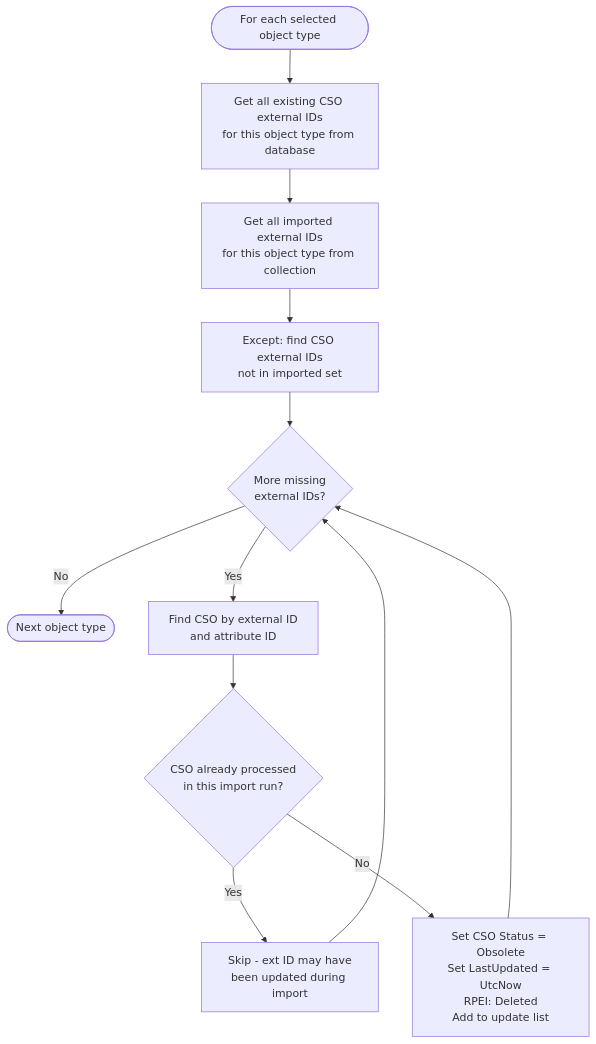
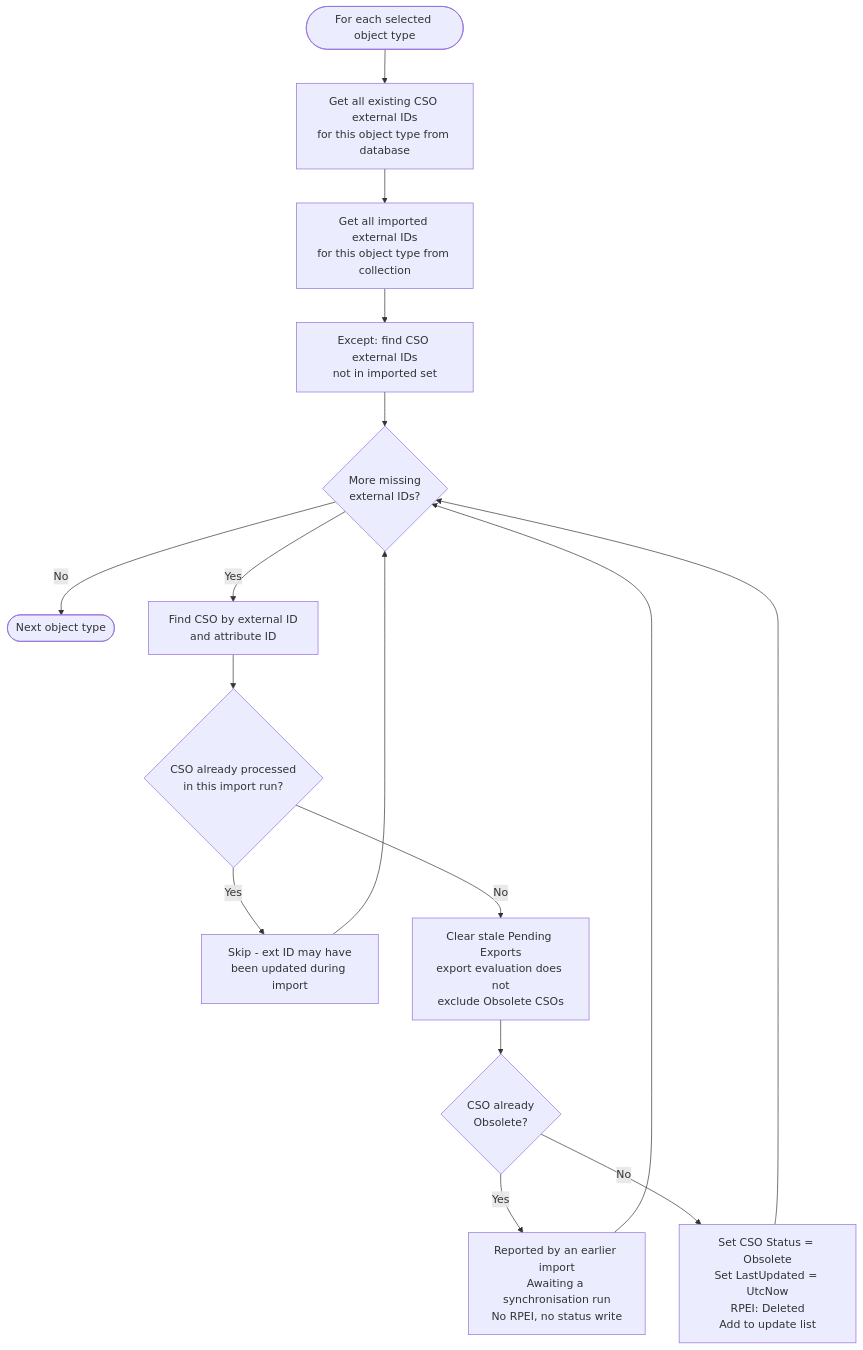
Before and after one commit to TetronIO/JIM: the third of 6 diagrams in docs/developer/diagrams/FULL_IMPORT_FLOW.md, drawn with Mermaid. The commit also changed other lines of this file and 24 other files, not shown here.

````diff
--- a/docs/developer/diagrams/FULL_IMPORT_FLOW.md
+++ b/docs/developer/diagrams/FULL_IMPORT_FLOW.md
@@ -132,14 +134,18 @@
 ```mermaid
 flowchart TD
     Start([For each selected object type]) --> GetExisting[Get all existing CSO external IDs<br/>for this object type from database]
     GetExisting --> GetImported[Get all imported external IDs<br/>for this object type from collection]
     GetImported --> Compare[Except: find CSO external IDs<br/>not in imported set]
     Compare --> Loop{More missing<br/>external IDs?}
     Loop -->|No| Done([Next object type])
     Loop -->|Yes| FindCso[Find CSO by external ID<br/>and attribute ID]
     FindCso --> CheckProcessed{CSO already processed<br/>in this import run?}
     CheckProcessed -->|Yes| SkipLog[Skip - ext ID may have<br/>been updated during import]
     SkipLog --> Loop
-    CheckProcessed -->|No| Obsolete[Set CSO Status = Obsolete<br/>Set LastUpdated = UtcNow<br/>RPEI: Deleted<br/>Add to update list]
+    CheckProcessed -->|No| ClearPes[Clear stale Pending Exports<br/>export evaluation does not<br/>exclude Obsolete CSOs]
+    ClearPes --> AlreadyObsolete{CSO already<br/>Obsolete?}
+    AlreadyObsolete -->|Yes| StillGone[Reported by an earlier import<br/>Awaiting a synchronisation run<br/>No RPEI, no status write]
+    StillGone --> Loop
+    AlreadyObsolete -->|No| Obsolete[Set CSO Status = Obsolete<br/>Set LastUpdated = UtcNow<br/>RPEI: Deleted<br/>Add to update list]
     Obsolete --> Loop
 ```
````
